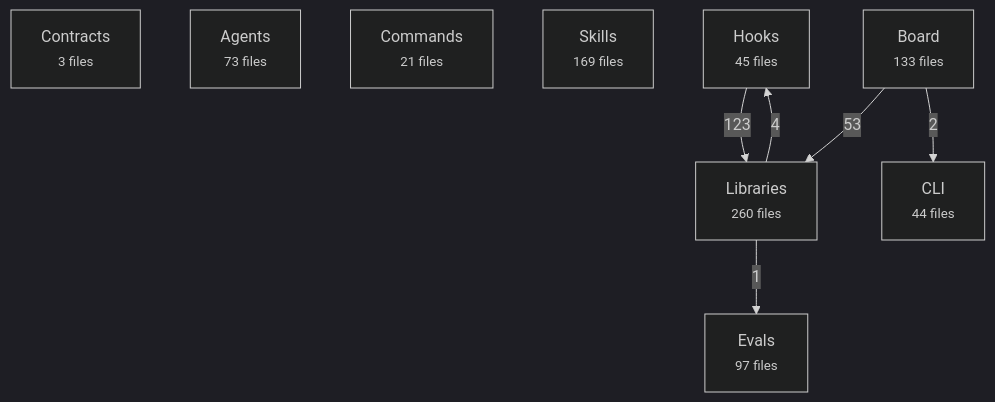
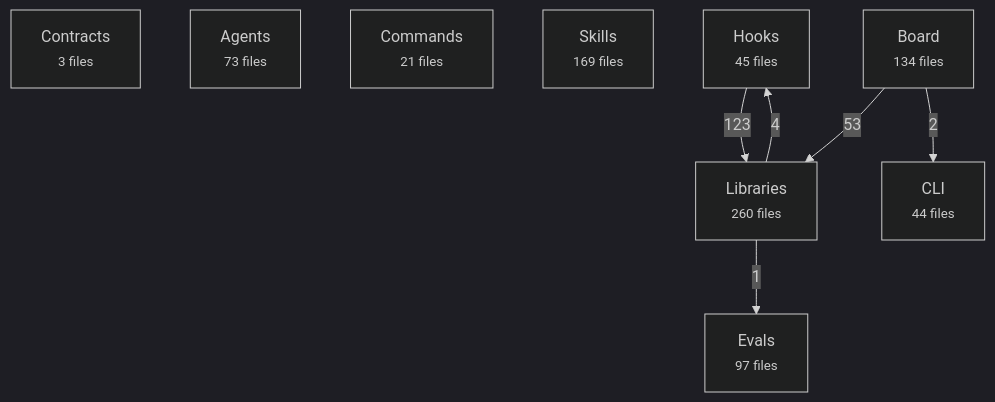
Before and after one commit to avelikiy/great_cto: the first of 2 diagrams in docs/reference/architecture-map.md, drawn with Mermaid (dark theme). The commit also changed other lines of this file and 8 other files, not shown here.

````diff
--- a/docs/reference/architecture-map.md
+++ b/docs/reference/architecture-map.md
@@ -20,17 +20,17 @@
 ```mermaid
 flowchart TD
   contracts["Contracts<br/><small>3 files</small>"]
   agents["Agents<br/><small>73 files</small>"]
   commands["Commands<br/><small>21 files</small>"]
   skills["Skills<br/><small>169 files</small>"]
   hooks["Hooks<br/><small>45 files</small>"]
   libs["Libraries<br/><small>260 files</small>"]
-  board["Board<br/><small>133 files</small>"]
+  board["Board<br/><small>134 files</small>"]
   cli["CLI<br/><small>44 files</small>"]
   evals["Evals<br/><small>97 files</small>"]
   hooks -->|123| libs
   board -->|53| libs
   libs -->|4| hooks
   board -->|2| cli
   libs -->|1| evals
 ```
````
